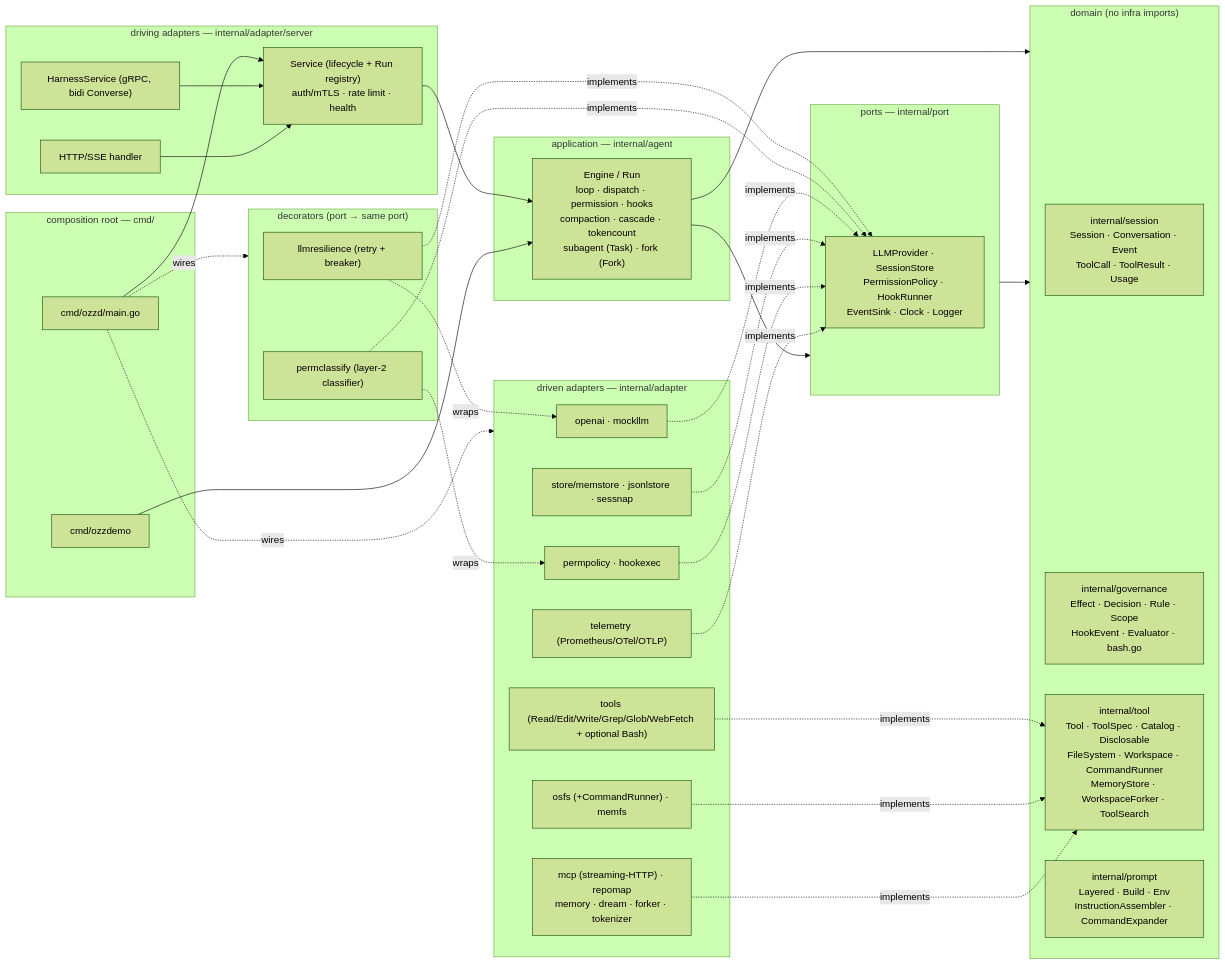
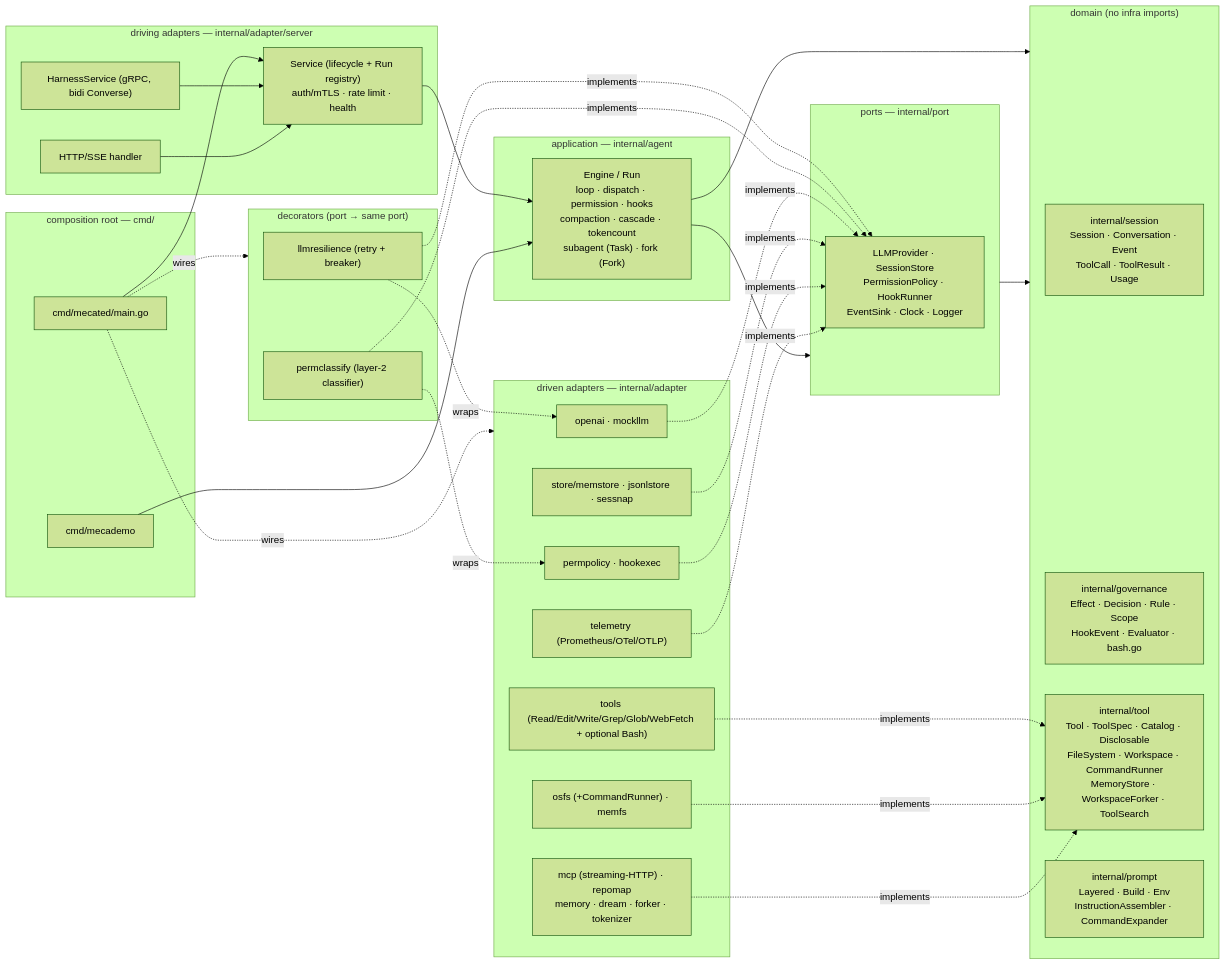
The first of 4 diagrams in docs/architecture.md (sabbanis/mecatl), drawn with Mermaid (forest theme) before and after one commit. The commit also changed other lines of this file and 144 other files, not shown here.

````diff
--- a/docs/architecture.md
+++ b/docs/architecture.md
@@ -40,64 +40,64 @@
 ```mermaid
 flowchart LR
   subgraph CMD["composition root — cmd/"]
-    ozzd["cmd/ozzd/main.go"]
-    demo["cmd/ozzdemo"]
+    mecated["cmd/mecated/main.go"]
+    demo["cmd/mecademo"]
   end
 
   subgraph DRIVING["driving adapters — internal/adapter/server"]
     grpc["HarnessService (gRPC, bidi Converse)"]
     http["HTTP/SSE handler"]
     svc["Service (lifecycle + Run registry)\nauth/mTLS · rate limit · health"]
   end
 
   subgraph APP["application — internal/agent"]
     engine["Engine / Run\nloop · dispatch · permission · hooks\ncompaction · cascade · tokencount\nsubagent (Task) · fork (Fork)"]
   end
 
   subgraph PORTS["ports — internal/port"]
     p["LLMProvider · SessionStore\nPermissionPolicy · HookRunner\nEventSink · Clock · Logger"]
   end
 
   subgraph DOMAIN["domain (no infra imports)"]
     sess["internal/session\nSession · Conversation · Event\nToolCall · ToolResult · Usage"]
     gov["internal/governance\nEffect · Decision · Rule · Scope\nHookEvent · Evaluator · bash.go"]
     tl["internal/tool\nTool · ToolSpec · Catalog · Disclosable\nFileSystem · Workspace · CommandRunner\nMemoryStore · WorkspaceForker · ToolSearch"]
     pr["internal/prompt\nLayered · Build · Env\nInstructionAssembler · CommandExpander"]
   end
 
   subgraph DECOR["decorators (port → same port)"]
     res["llmresilience (retry + breaker)"]
     pc["permclassify (layer-2 classifier)"]
   end
 
   subgraph DRIVEN["driven adapters — internal/adapter"]
     oai["openai · mockllm"]
     fs["osfs (+CommandRunner) · memfs"]
     st["store/memstore · jsonlstore · sessnap"]
     tools["tools (Read/Edit/Write/Grep/Glob/WebFetch + optional Bash)"]
     pp["permpolicy · hookexec"]
     tel["telemetry (Prometheus/OTel/OTLP)"]
     ext["mcp (streaming-HTTP) · repomap\nmemory · dream · forker · tokenizer"]
   end
 
-  ozzd --> svc --> engine
+  mecated --> svc --> engine
   demo --> engine
   grpc --> svc
   http --> svc
   engine --> PORTS
   engine --> DOMAIN
   PORTS --> DOMAIN
   res -.wraps.-> oai
   res -.implements.-> p
   pc -.wraps.-> pp
   pc -.implements.-> p
   oai -.implements.-> p
   st -.implements.-> p
   pp -.implements.-> p
   tel -.implements.-> p
   tools -.implements.-> tl
   fs -.implements.-> tl
   ext -.implements.-> tl
-  ozzd -. wires .-> DRIVEN
-  ozzd -. wires .-> DECOR
+  mecated -. wires .-> DRIVEN
+  mecated -. wires .-> DECOR
 ```
````
